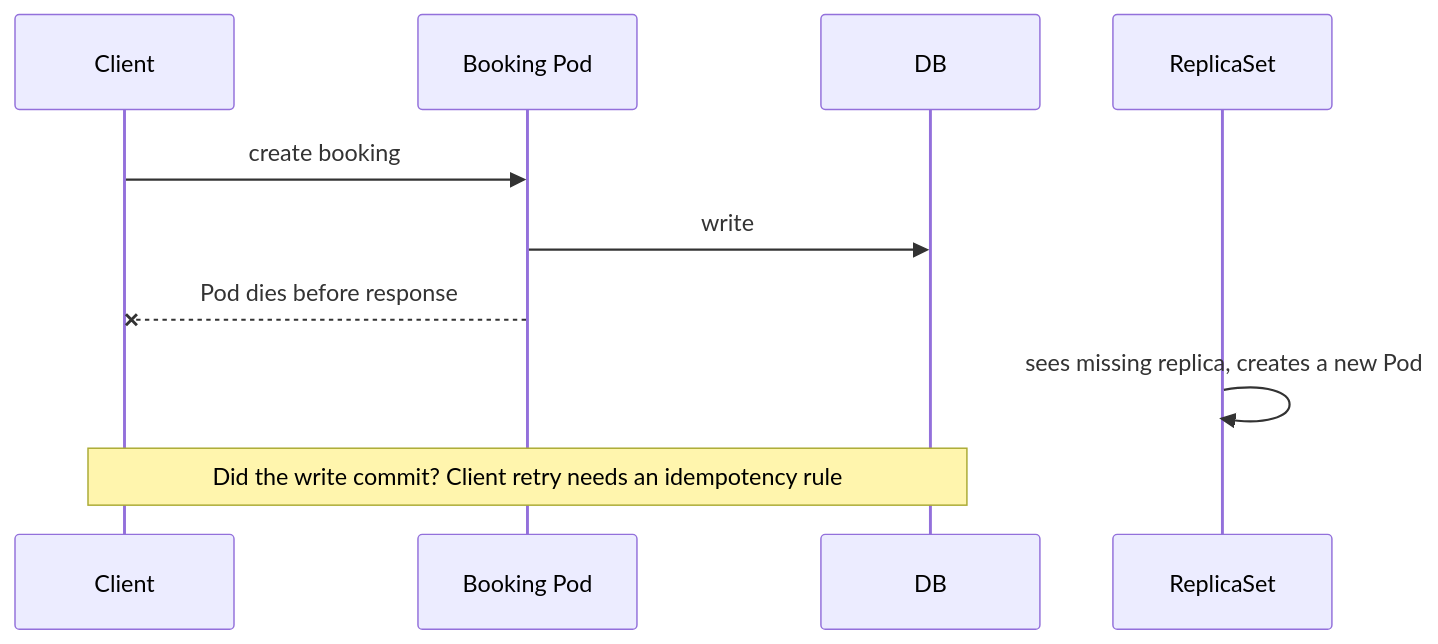
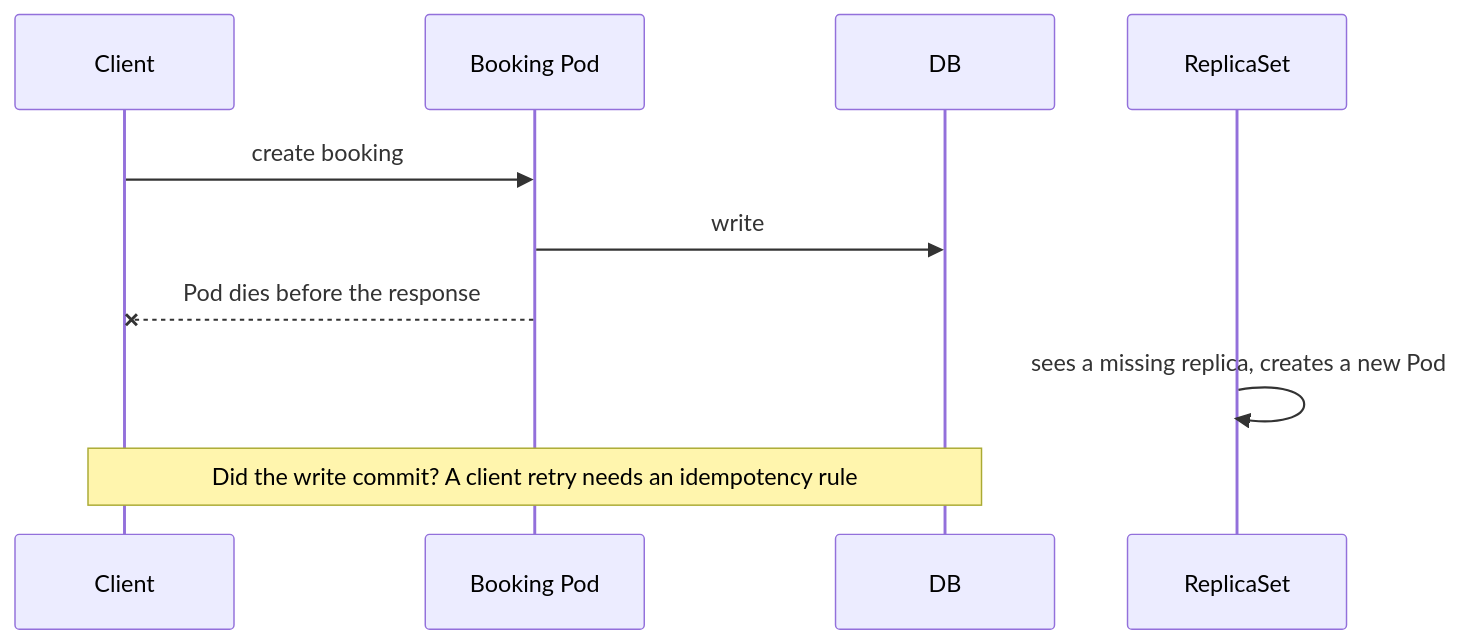
One commit to darshan-raul/apollo11-docs changed the second of 2 diagrams in docs/learn/capstone/a-booking-through-kubernetes.md. Above: the diagram before and after it, drawn with Mermaid. The commit also changed other lines of this file and 55 other files, not shown here.

````diff
--- a/docs/learn/capstone/a-booking-through-kubernetes.md
+++ b/docs/learn/capstone/a-booking-through-kubernetes.md
@@ -37,12 +45,12 @@
 ```mermaid
 sequenceDiagram
   participant C as Client
   participant P as Booking Pod
   participant D as DB
   participant R as ReplicaSet
   C->>P: create booking
   P->>D: write
-  P--xC: Pod dies before response
-  R->>R: sees missing replica, creates a new Pod
-  Note over C,D: Did the write commit? Client retry needs an idempotency rule
+  P--xC: Pod dies before the response
+  R->>R: sees a missing replica, creates a new Pod
+  Note over C,D: Did the write commit? A client retry needs an idempotency rule
 ```
````
